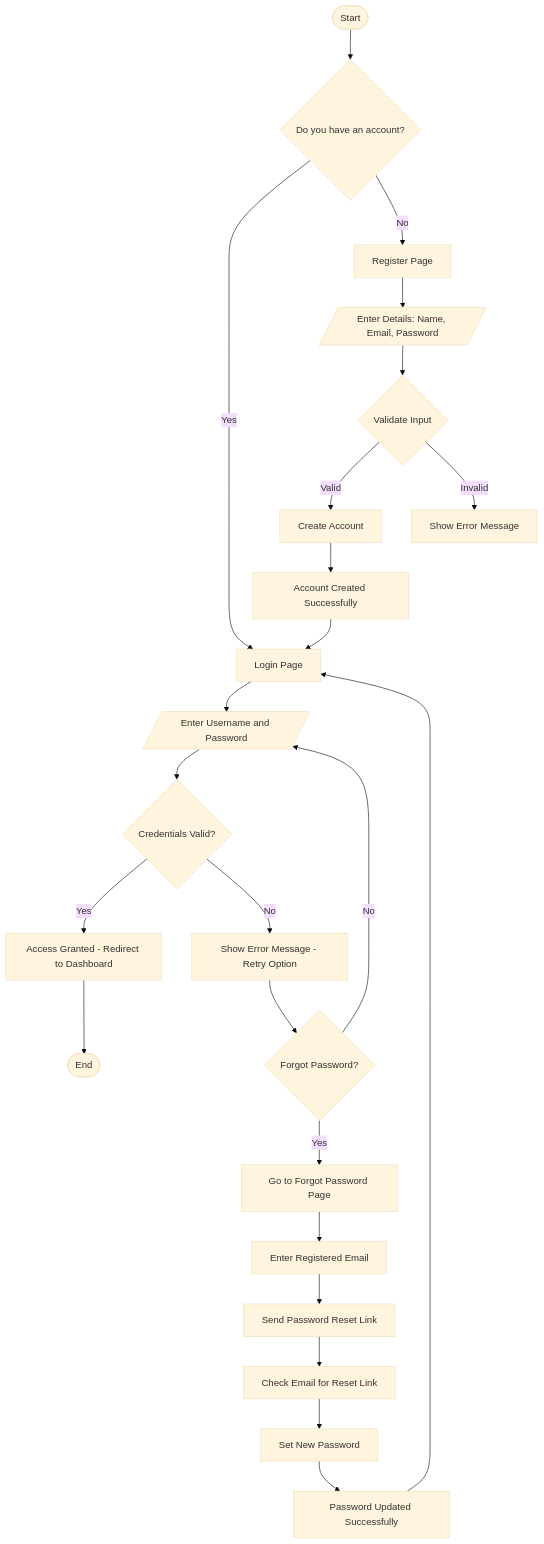
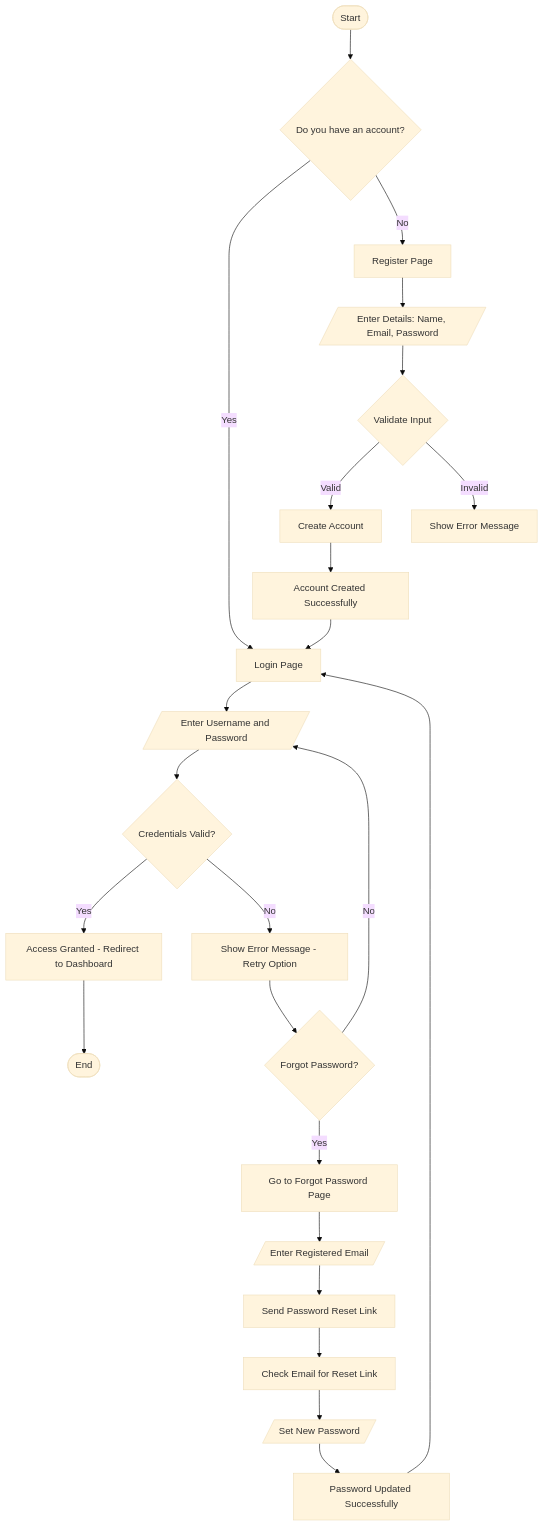
One commit to manav-gkmit/kya-saabzi-docs changed the first of 2 diagrams in docs/architecture/auth.md. Above: the diagram before and after it, drawn with Mermaid (base theme). The commit also changed 7 other files, not shown here.

Commit message:
docs: Add aws architecture

````diff
--- a/docs/architecture/auth.md
+++ b/docs/architecture/auth.md
@@ -9,30 +9,32 @@
 ```mermaid
 flowchart TD
     A(["Start"]) --> B{"Do you have an account?"}
     B -- Yes --> C["Login Page"]
     B -- No --> D["Register Page"]
     C --> E["Enter Username and Password"]
     E --> F{"Credentials Valid?"}
     F -- Yes --> G["Access Granted - Redirect to Dashboard"]
     F -- No --> H["Show Error Message - Retry Option"]
     H --> I{"Forgot Password?"}
     I -- Yes --> J["Go to Forgot Password Page"]
     I -- No --> E
     D --> K["Enter Details: Name, Email, Password"]
     K --> L["Validate Input"]
     L -- Valid --> M["Create Account"]
     L -- Invalid --> N["Show Error Message"]
     M --> O["Account Created Successfully"]
     O --> C
     J --> P["Enter Registered Email"]
     P --> Q["Send Password Reset Link"]
     Q --> R["Check Email for Reset Link"]
     R --> S["Set New Password"]
     S --> T["Password Updated Successfully"]
     T --> C
     G --> U(["End"])
 
     E@{ shape: lean-r}
+    P@{ shape: lean-r}
     K@{ shape: lean-r}
     L@{ shape: diam}
+    S@{ shape: lean-r}
 ```
````
